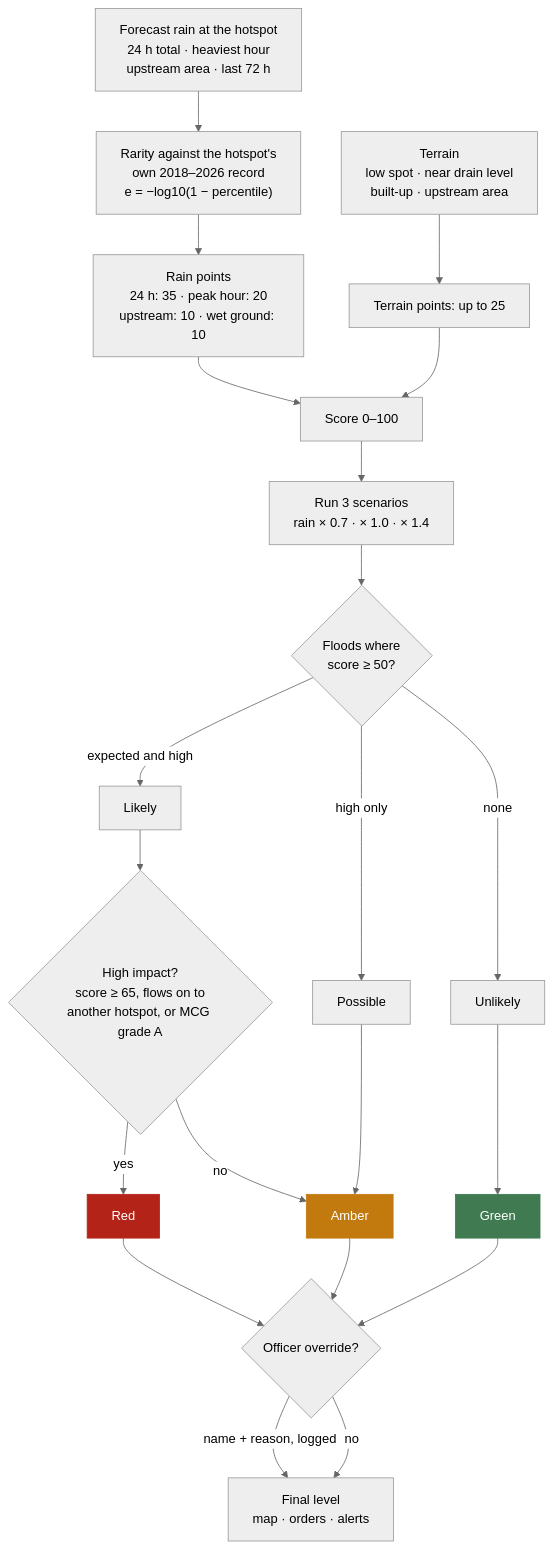
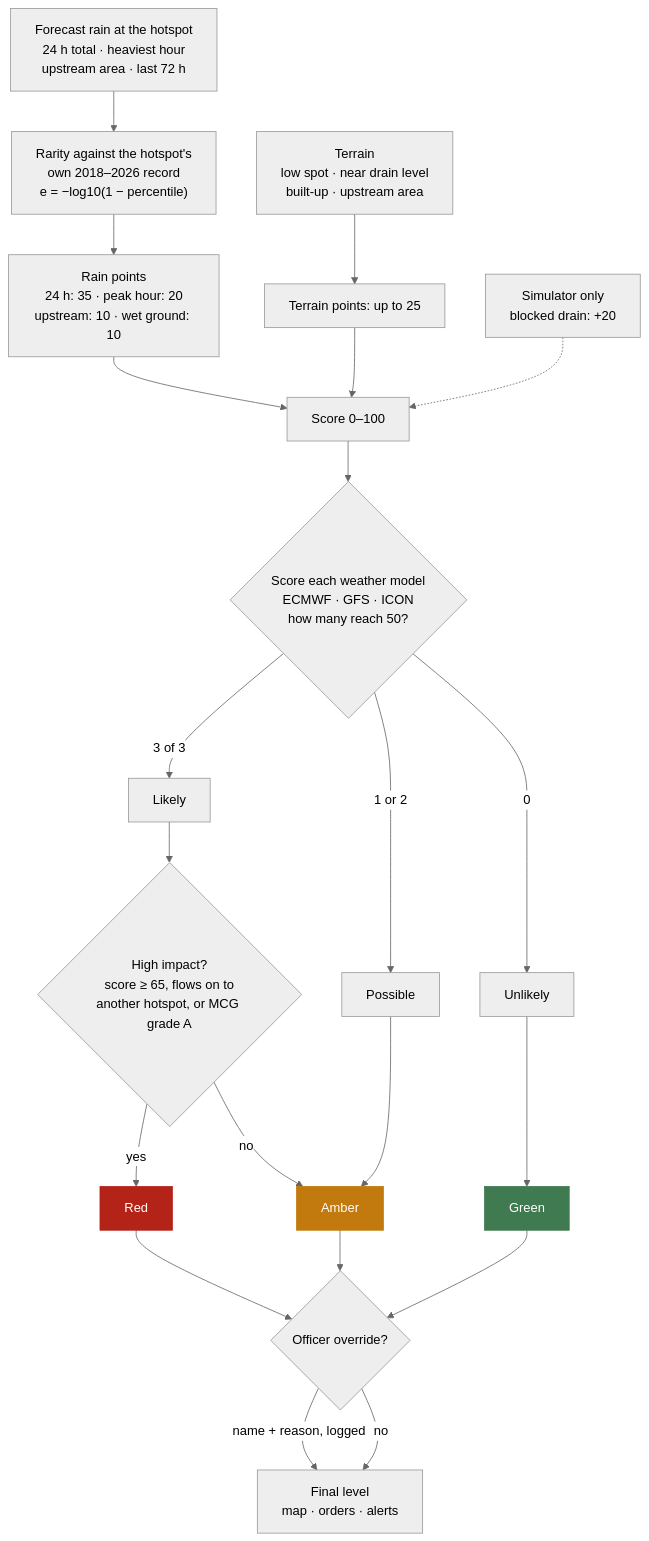
Before and after one commit to varuntutejaa/Agrim: the sixth of 10 diagrams in README.md, drawn with Mermaid (neutral theme). The commit also changed other lines of this file and 37 other files, not shown here.

First line of the commit message:
Review items: model-agreement confidence, critical points, block a drain, backtest, landing and About pages

````diff
--- a/README.md
+++ b/README.md
@@ -276,30 +276,30 @@
 ```mermaid
 flowchart TD
   R["Forecast rain at the hotspot<br/>24 h total · heaviest hour<br/>upstream area · last 72 h"] --> X["Rarity against the hotspot's<br/>own 2018–2026 record<br/>e = −log10(1 − percentile)"]
   X --> P["Rain points<br/>24 h: 35 · peak hour: 20<br/>upstream: 10 · wet ground: 10"]
   T["Terrain<br/>low spot · near drain level<br/>built-up · upstream area"] --> Q["Terrain points: up to 25"]
   P --> S["Score 0–100"]
   Q --> S
-  S --> SC["Run 3 scenarios<br/>rain × 0.7 · × 1.0 · × 1.4"]
-  SC --> F{"Floods where<br/>score ≥ 50?"}
-  F -->|"expected and high"| L["Likely"]
-  F -->|"high only"| PO["Possible"]
-  F -->|"none"| U["Unlikely"]
+  BD["Simulator only<br/>blocked drain: +20"] -.-> S
+  S --> F{"Score each weather model<br/>ECMWF · GFS · ICON<br/>how many reach 50?"}
+  F -->|"3 of 3"| L["Likely"]
+  F -->|"1 or 2"| PO["Possible"]
+  F -->|"0"| U["Unlikely"]
   L --> I{"High impact?<br/>score ≥ 65, flows on to<br/>another hotspot, or MCG grade A"}
   I -->|yes| RED["Red"]
   I -->|no| AMB["Amber"]
   PO --> AMB
   U --> GRN["Green"]
   RED --> OV{"Officer override?"}
   AMB --> OV
   GRN --> OV
   OV -->|"name + reason, logged"| FIN["Final level<br/>map · orders · alerts"]
   OV -->|no| FIN
 
   classDef red fill:#b42318,color:#fff,stroke:#b42318
   classDef amber fill:#c27a0e,color:#fff,stroke:#c27a0e
   classDef green fill:#3f7a50,color:#fff,stroke:#3f7a50
   class RED red
   class AMB amber
   class GRN green
 ```
````
